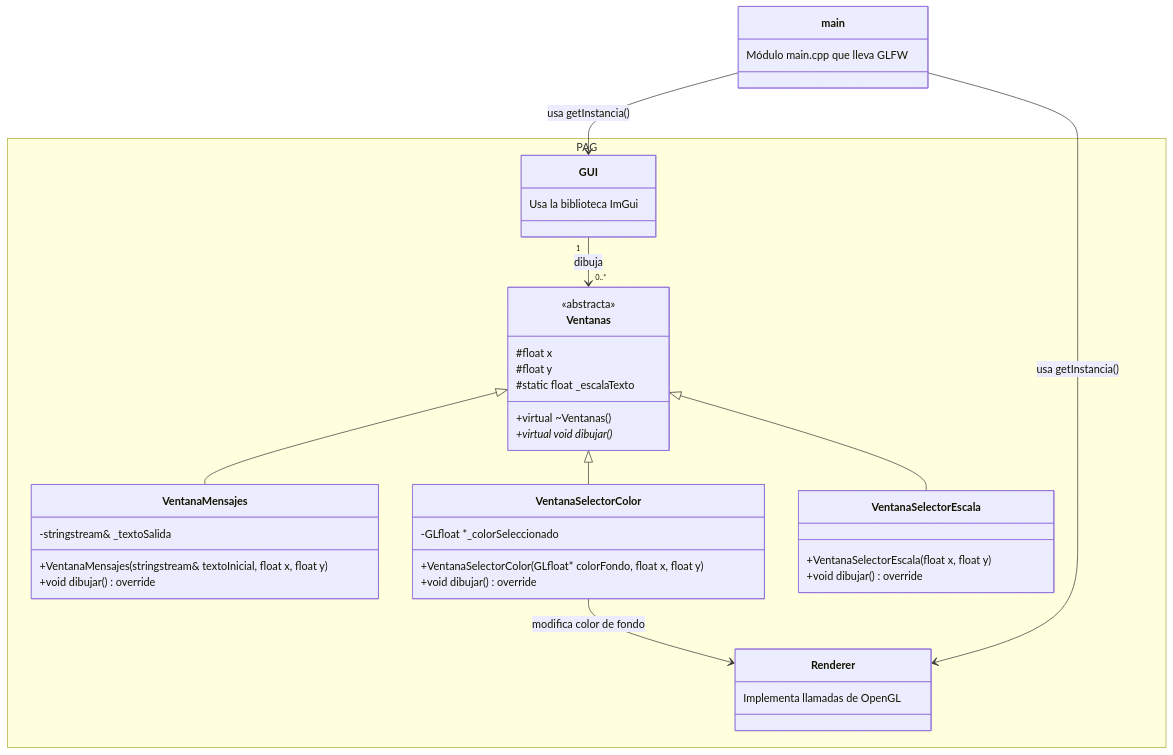
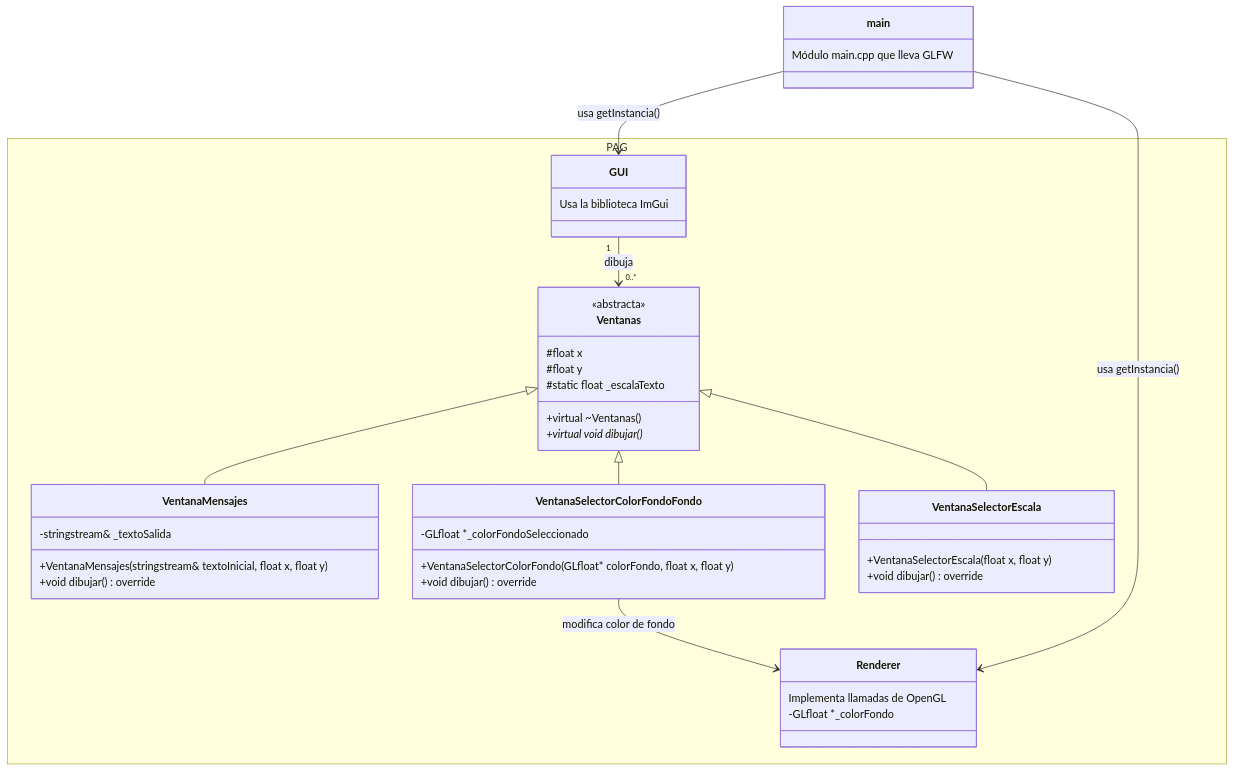
Before and after one commit to thebestraser1/PAG-26-27-Raul-Fernandez: the second of 3 diagrams in README.md, drawn with Mermaid. The commit also changed other lines of this file and 6 other files, not shown here.

````diff
--- a/README.md
+++ b/README.md
@@ -342,53 +340,54 @@
 ```mermaid
 classDiagram
     namespace PAG {
 
         class Renderer {
             Implementa llamadas de OpenGL
+            -GLfloat *_colorFondo
         }
 
         class GUI { 
             Usa la biblioteca ImGui
         }
 
         class Ventanas {
             <<abstracta>>
             #float x
             #float y
             #static float _escalaTexto
             +virtual ~Ventanas()
             +virtual void dibujar()*
         }
 
         class VentanaMensajes {
             -stringstream& _textoSalida
             +VentanaMensajes(stringstream& textoInicial, float x, float y)
             +void dibujar() override
         }
 
-        class VentanaSelectorColor {
-            -GLfloat *_colorSeleccionado
-            +VentanaSelectorColor(GLfloat* colorFondo, float x, float y)
+        class VentanaSelectorColorFondoFondo {
+            -GLfloat *_colorFondoSeleccionado
+            +VentanaSelectorColorFondo(GLfloat* colorFondo, float x, float y)
             +void dibujar() override
         }
 
         class VentanaSelectorEscala {
             +VentanaSelectorEscala(float x, float y)
             +void dibujar() override
         }
     }
 
     Ventanas <|-- VentanaMensajes
-    Ventanas <|-- VentanaSelectorColor
+    Ventanas <|-- VentanaSelectorColorFondoFondo
     Ventanas <|-- VentanaSelectorEscala
 
     GUI "1" --> "0..*" Ventanas : dibuja
-    VentanaSelectorColor --> Renderer : modifica color de fondo
+    VentanaSelectorColorFondoFondo --> Renderer : modifica color de fondo
 
     class main {
         Módulo main.cpp que lleva GLFW
     }
 
     main --> Renderer : usa getInstancia()
     main --> GUI : usa getInstancia()
 ```
````
